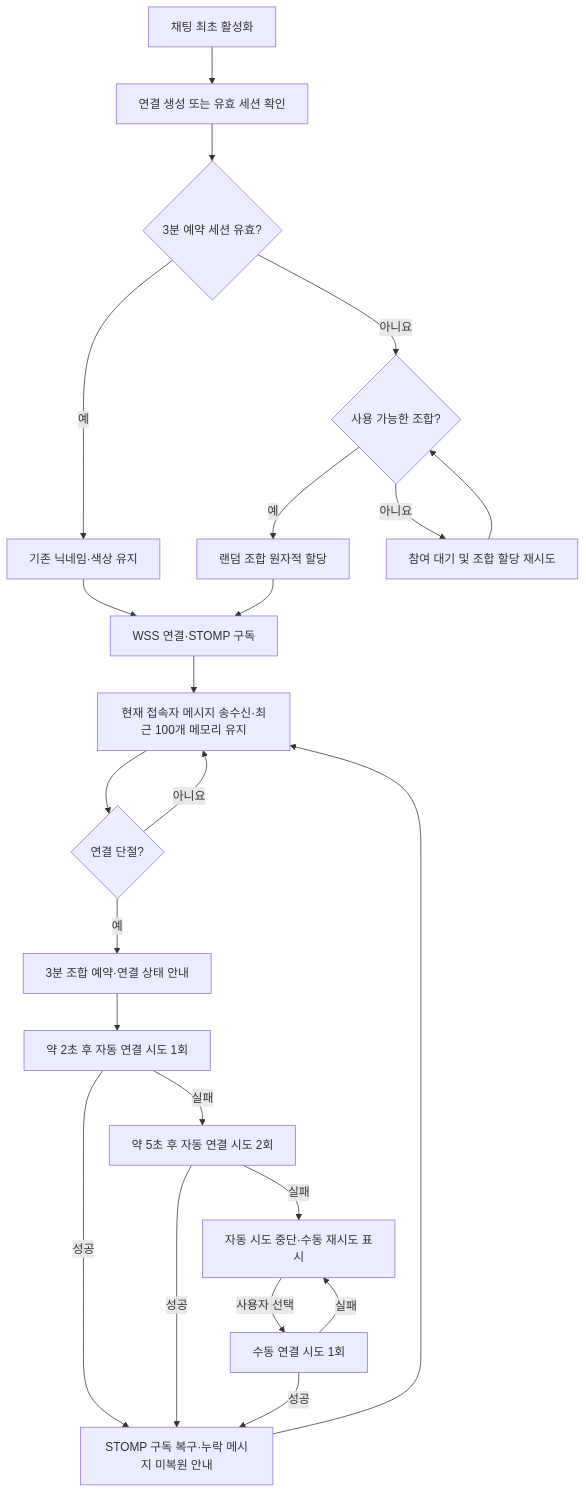
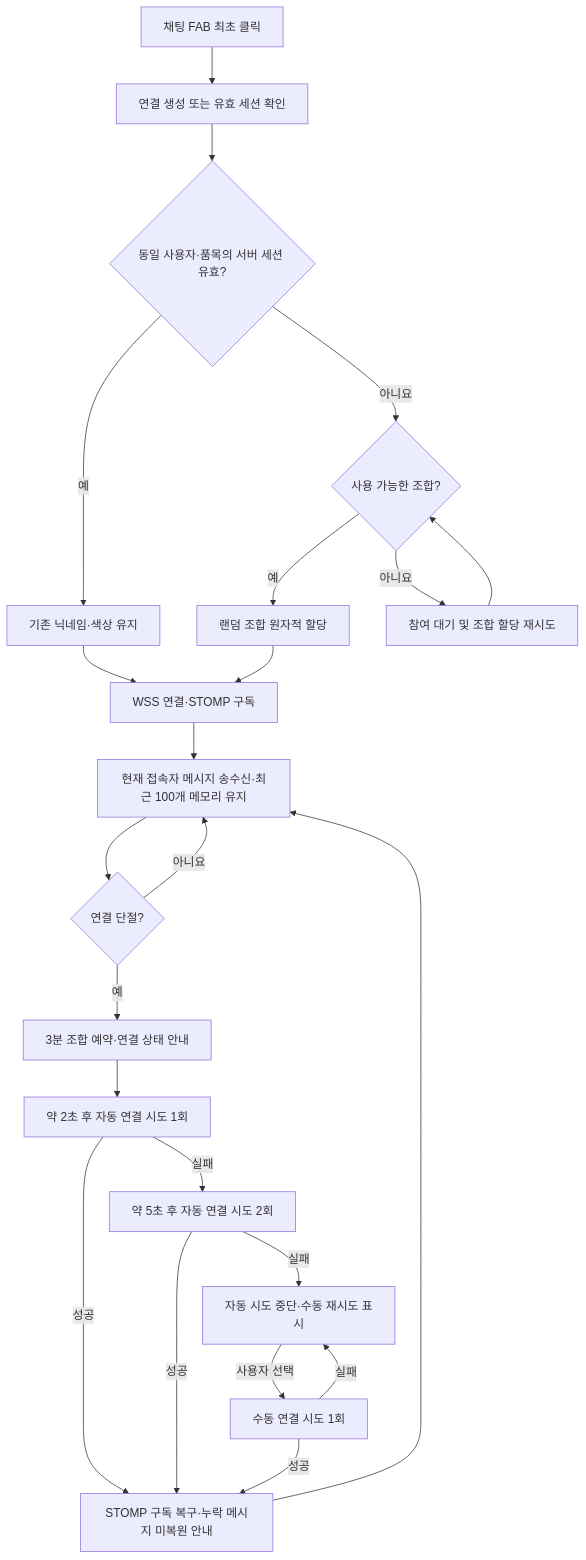
The diagram in MVP/product/ux/UX-002-화면-상태-및-인터랙션-설계.md (today-fish/today-fish-docs), drawn with Mermaid before and after one commit. The commit also changed other lines of this file and 14 other files, not shown here.

First line of the commit message:
docs: 익명 인증·채팅 명세 및 ERD 갱신

````diff
--- a/MVP/product/ux/UX-002-화면-상태-및-인터랙션-설계.md
+++ b/MVP/product/ux/UX-002-화면-상태-및-인터랙션-설계.md
@@ -314,25 +314,25 @@
 ```mermaid
 flowchart TD
-    A[채팅 최초 활성화] --> B[연결 생성 또는 유효 세션 확인]
-    B --> C{3분 예약 세션 유효?}
+    A[채팅 FAB 최초 클릭] --> B[연결 생성 또는 유효 세션 확인]
+    B --> C{동일 사용자·품목의 서버 세션 유효?}
     C -->|예| D[기존 닉네임·색상 유지]
     C -->|아니요| E{사용 가능한 조합?}
     E -->|예| F[랜덤 조합 원자적 할당]
     E -->|아니요| G[참여 대기 및 조합 할당 재시도]
     G --> E
     D --> H[WSS 연결·STOMP 구독]
     F --> H
     H --> I[현재 접속자 메시지 송수신·최근 100개 메모리 유지]
     I --> J{연결 단절?}
     J -->|아니요| I
     J -->|예| K[3분 조합 예약·연결 상태 안내]
     K --> L[약 2초 후 자동 연결 시도 1회]
     L -->|성공| N[STOMP 구독 복구·누락 메시지 미복원 안내]
     L -->|실패| M[약 5초 후 자동 연결 시도 2회]
     M -->|성공| N
     M -->|실패| O[자동 시도 중단·수동 재시도 표시]
     O -->|사용자 선택| P[수동 연결 시도 1회]
     P -->|성공| N
     P -->|실패| O
     N --> I
 ```
````
